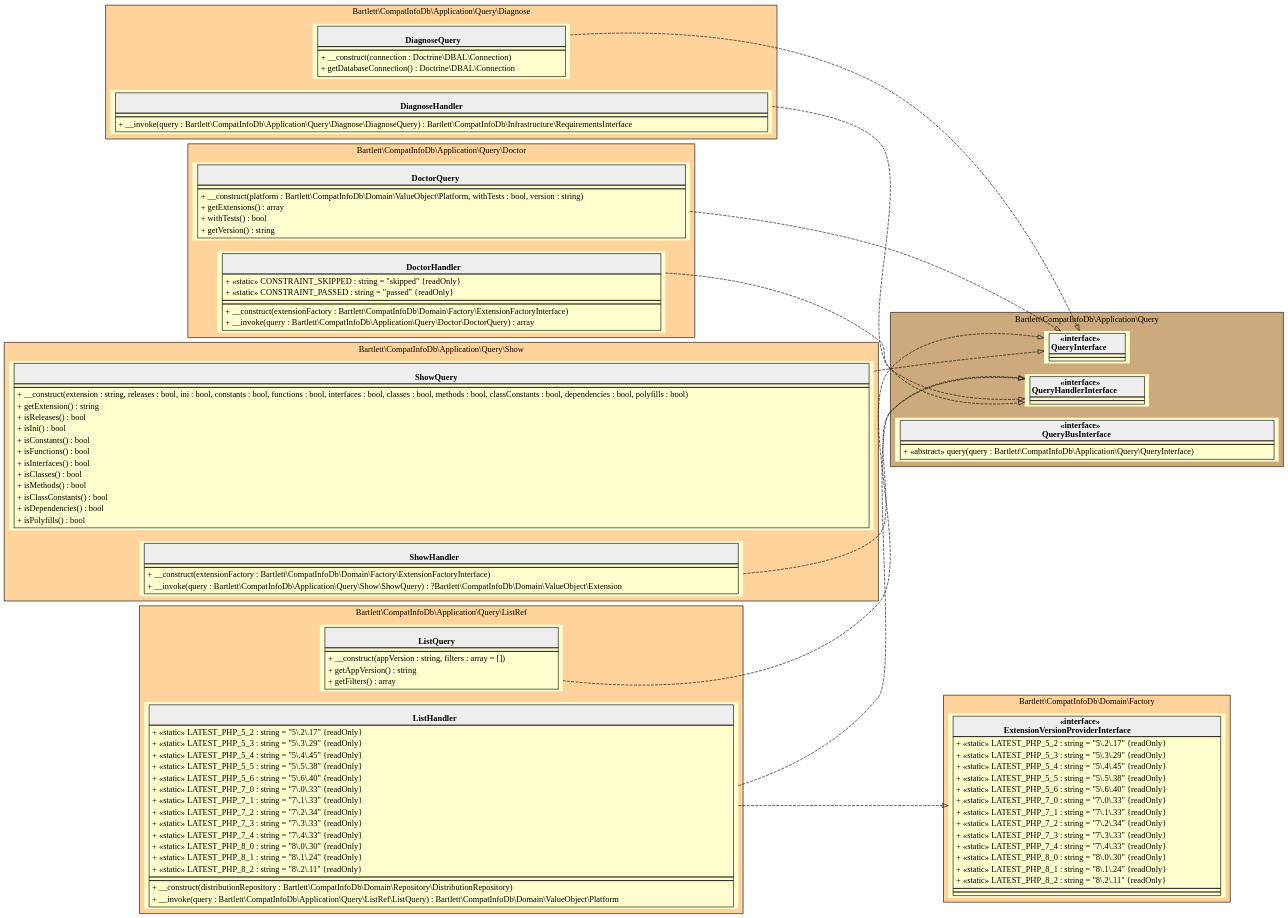
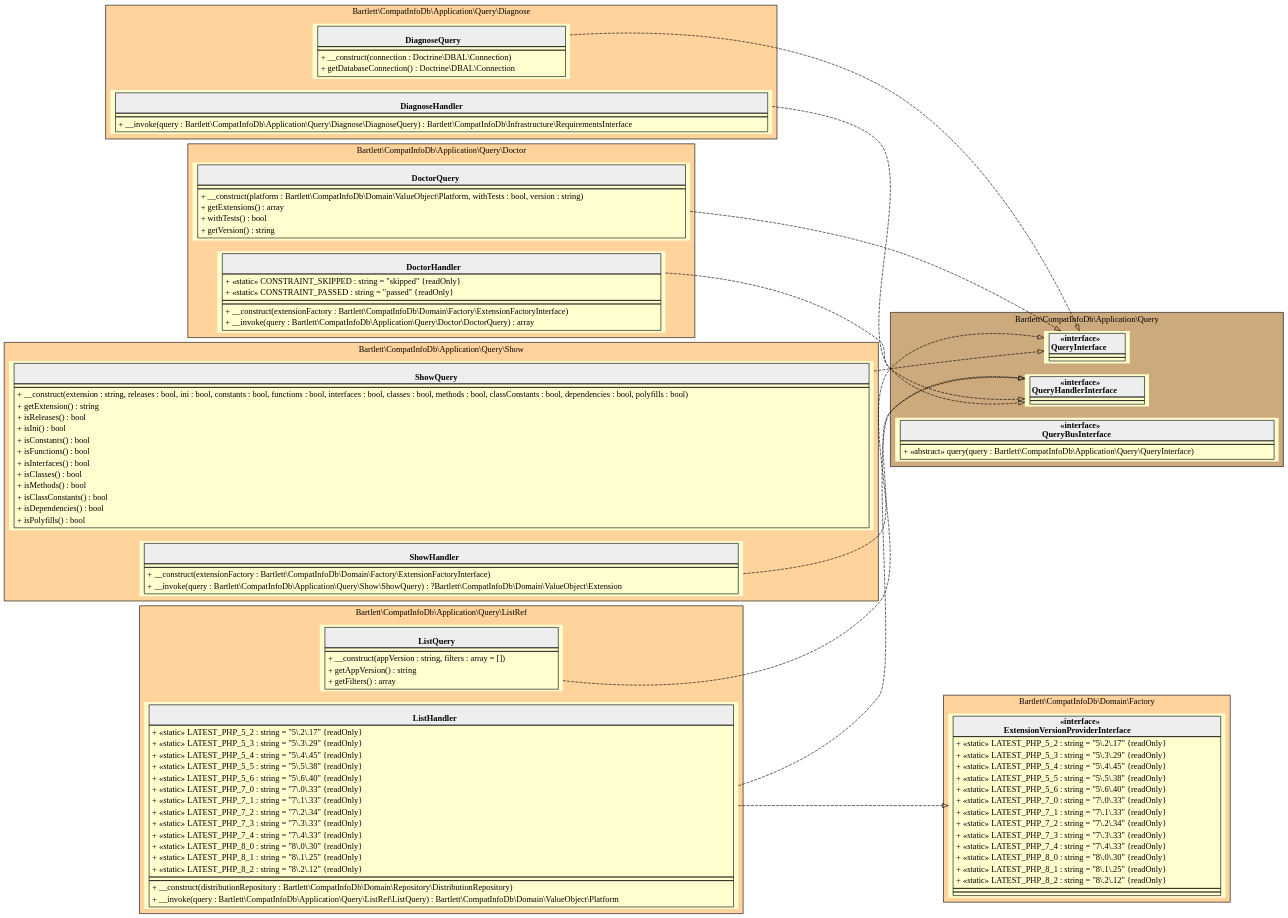
One commit to llaville/php-compatinfo-db changed the diagram in 5.x/assets/images/application-query.html.gv. Above: the diagram before and after it, drawn with Graphviz. The commit also changed 39 other files, not shown here.

```diff
--- a/5.x/assets/images/application-query.html.gv
+++ b/5.x/assets/images/application-query.html.gv
@@ -1,181 +1,181 @@
 digraph {
   graph [rankdir="LR" bgcolor="transparent"]
   node [fillcolor="#FEFECE" style="filled"]
   subgraph cluster_0 {
     graph [bgcolor="burlywood1"]
     label = "Bartlett\\CompatInfoDb\\Application\\Query\\Diagnose"
     "Bartlett\\CompatInfoDb\\Application\\Query\\Diagnose\\DiagnoseQuery" [shape="none" label=<
 <table cellspacing="0" border="0" cellborder="1">
     <tr><td bgcolor="#eeeeee"><b><br/>DiagnoseQuery</b></td></tr>
     <tr><td></td></tr>
     <tr><td><table border="0" cellspacing="0" cellpadding="2">
     <tr><td align="left">+ __construct(connection : Doctrine\\DBAL\\Connection)</td></tr>
     <tr><td align="left">+ getDatabaseConnection() : Doctrine\\DBAL\\Connection</td></tr>
 </table></td></tr>
 </table>>]
     "Bartlett\\CompatInfoDb\\Application\\Query\\Diagnose\\DiagnoseHandler" [shape="none" label=<
 <table cellspacing="0" border="0" cellborder="1">
     <tr><td bgcolor="#eeeeee"><b><br/>DiagnoseHandler</b></td></tr>
     <tr><td></td></tr>
     <tr><td><table border="0" cellspacing="0" cellpadding="2">
     <tr><td align="left">+ __invoke(query : Bartlett\\CompatInfoDb\\Application\\Query\\Diagnose\\DiagnoseQuery) : Bartlett\\CompatInfoDb\\Infrastructure\\RequirementsInterface</td></tr>
 </table></td></tr>
 </table>>]
   }
   subgraph cluster_1 {
     graph [bgcolor="burlywood3"]
     label = "Bartlett\\CompatInfoDb\\Application\\Query"
     "Bartlett\\CompatInfoDb\\Application\\Query\\QueryInterface" [shape="none" label=<
 <table cellspacing="0" border="0" cellborder="1">
     <tr><td bgcolor="#eeeeee"><b>«interface»<br/>QueryInterface</b></td></tr>
     <tr><td></td></tr>
     <tr><td></td></tr>
 </table>>]
     "Bartlett\\CompatInfoDb\\Application\\Query\\QueryHandlerInterface" [shape="none" label=<
 <table cellspacing="0" border="0" cellborder="1">
     <tr><td bgcolor="#eeeeee"><b>«interface»<br/>QueryHandlerInterface</b></td></tr>
     <tr><td></td></tr>
     <tr><td></td></tr>
 </table>>]
     "Bartlett\\CompatInfoDb\\Application\\Query\\QueryBusInterface" [shape="none" label=<
 <table cellspacing="0" border="0" cellborder="1">
     <tr><td bgcolor="#eeeeee"><b>«interface»<br/>QueryBusInterface</b></td></tr>
     <tr><td></td></tr>
     <tr><td><table border="0" cellspacing="0" cellpadding="2">
     <tr><td align="left">+ «abstract» query(query : Bartlett\\CompatInfoDb\\Application\\Query\\QueryInterface)</td></tr>
 </table></td></tr>
 </table>>]
   }
   subgraph cluster_2 {
     graph [bgcolor="burlywood1"]
     label = "Bartlett\\CompatInfoDb\\Application\\Query\\Doctor"
     "Bartlett\\CompatInfoDb\\Application\\Query\\Doctor\\DoctorQuery" [shape="none" label=<
 <table cellspacing="0" border="0" cellborder="1">
     <tr><td bgcolor="#eeeeee"><b><br/>DoctorQuery</b></td></tr>
     <tr><td></td></tr>
     <tr><td><table border="0" cellspacing="0" cellpadding="2">
     <tr><td align="left">+ __construct(platform : Bartlett\\CompatInfoDb\\Domain\\ValueObject\\Platform, withTests : bool, version : string)</td></tr>
     <tr><td align="left">+ getExtensions() : array</td></tr>
     <tr><td align="left">+ withTests() : bool</td></tr>
     <tr><td align="left">+ getVersion() : string</td></tr>
 </table></td></tr>
 </table>>]
     "Bartlett\\CompatInfoDb\\Application\\Query\\Doctor\\DoctorHandler" [shape="none" label=<
 <table cellspacing="0" border="0" cellborder="1">
     <tr><td bgcolor="#eeeeee"><b><br/>DoctorHandler</b></td></tr>
     <tr><td><table border="0" cellspacing="0" cellpadding="2">
     <tr><td align="left">+ «static» CONSTRAINT_SKIPPED : string = "skipped" {readOnly}</td></tr>
     <tr><td align="left">+ «static» CONSTRAINT_PASSED : string = "passed" {readOnly}</td></tr>
 </table></td></tr>
     <tr><td></td></tr>
     <tr><td><table border="0" cellspacing="0" cellpadding="2">
     <tr><td align="left">+ __construct(extensionFactory : Bartlett\\CompatInfoDb\\Domain\\Factory\\ExtensionFactoryInterface)</td></tr>
     <tr><td align="left">+ __invoke(query : Bartlett\\CompatInfoDb\\Application\\Query\\Doctor\\DoctorQuery) : array</td></tr>
 </table></td></tr>
 </table>>]
   }
   subgraph cluster_3 {
     graph [bgcolor="burlywood1"]
     label = "Bartlett\\CompatInfoDb\\Application\\Query\\ListRef"
     "Bartlett\\CompatInfoDb\\Application\\Query\\ListRef\\ListQuery" [shape="none" label=<
 <table cellspacing="0" border="0" cellborder="1">
     <tr><td bgcolor="#eeeeee"><b><br/>ListQuery</b></td></tr>
     <tr><td></td></tr>
     <tr><td><table border="0" cellspacing="0" cellpadding="2">
     <tr><td align="left">+ __construct(appVersion : string, filters : array = [])</td></tr>
     <tr><td align="left">+ getAppVersion() : string</td></tr>
     <tr><td align="left">+ getFilters() : array</td></tr>
 </table></td></tr>
 </table>>]
     "Bartlett\\CompatInfoDb\\Application\\Query\\ListRef\\ListHandler" [shape="none" label=<
 <table cellspacing="0" border="0" cellborder="1">
     <tr><td bgcolor="#eeeeee"><b><br/>ListHandler</b></td></tr>
     <tr><td><table border="0" cellspacing="0" cellpadding="2">
     <tr><td align="left">+ «static» LATEST_PHP_5_2 : string = "5\.2\.17" {readOnly}</td></tr>
     <tr><td align="left">+ «static» LATEST_PHP_5_3 : string = "5\.3\.29" {readOnly}</td></tr>
     <tr><td align="left">+ «static» LATEST_PHP_5_4 : string = "5\.4\.45" {readOnly}</td></tr>
     <tr><td align="left">+ «static» LATEST_PHP_5_5 : string = "5\.5\.38" {readOnly}</td></tr>
     <tr><td align="left">+ «static» LATEST_PHP_5_6 : string = "5\.6\.40" {readOnly}</td></tr>
     <tr><td align="left">+ «static» LATEST_PHP_7_0 : string = "7\.0\.33" {readOnly}</td></tr>
     <tr><td align="left">+ «static» LATEST_PHP_7_1 : string = "7\.1\.33" {readOnly}</td></tr>
     <tr><td align="left">+ «static» LATEST_PHP_7_2 : string = "7\.2\.34" {readOnly}</td></tr>
     <tr><td align="left">+ «static» LATEST_PHP_7_3 : string = "7\.3\.33" {readOnly}</td></tr>
     <tr><td align="left">+ «static» LATEST_PHP_7_4 : string = "7\.4\.33" {readOnly}</td></tr>
     <tr><td align="left">+ «static» LATEST_PHP_8_0 : string = "8\.0\.30" {readOnly}</td></tr>
-    <tr><td align="left">+ «static» LATEST_PHP_8_1 : string = "8\.1\.24" {readOnly}</td></tr>
-    <tr><td align="left">+ «static» LATEST_PHP_8_2 : string = "8\.2\.11" {readOnly}</td></tr>
+    <tr><td align="left">+ «static» LATEST_PHP_8_1 : string = "8\.1\.25" {readOnly}</td></tr>
+    <tr><td align="left">+ «static» LATEST_PHP_8_2 : string = "8\.2\.12" {readOnly}</td></tr>
 </table></td></tr>
     <tr><td></td></tr>
     <tr><td><table border="0" cellspacing="0" cellpadding="2">
     <tr><td align="left">+ __construct(distributionRepository : Bartlett\\CompatInfoDb\\Domain\\Repository\\DistributionRepository)</td></tr>
     <tr><td align="left">+ __invoke(query : Bartlett\\CompatInfoDb\\Application\\Query\\ListRef\\ListQuery) : Bartlett\\CompatInfoDb\\Domain\\ValueObject\\Platform</td></tr>
 </table></td></tr>
 </table>>]
   }
   subgraph cluster_4 {
     graph [bgcolor="burlywood1"]
     label = "Bartlett\\CompatInfoDb\\Domain\\Factory"
     "Bartlett\\CompatInfoDb\\Domain\\Factory\\ExtensionVersionProviderInterface" [shape="none" label=<
 <table cellspacing="0" border="0" cellborder="1">
     <tr><td bgcolor="#eeeeee"><b>«interface»<br/>ExtensionVersionProviderInterface</b></td></tr>
     <tr><td><table border="0" cellspacing="0" cellpadding="2">
     <tr><td align="left">+ «static» LATEST_PHP_5_2 : string = "5\.2\.17" {readOnly}</td></tr>
     <tr><td align="left">+ «static» LATEST_PHP_5_3 : string = "5\.3\.29" {readOnly}</td></tr>
     <tr><td align="left">+ «static» LATEST_PHP_5_4 : string = "5\.4\.45" {readOnly}</td></tr>
     <tr><td align="left">+ «static» LATEST_PHP_5_5 : string = "5\.5\.38" {readOnly}</td></tr>
     <tr><td align="left">+ «static» LATEST_PHP_5_6 : string = "5\.6\.40" {readOnly}</td></tr>
     <tr><td align="left">+ «static» LATEST_PHP_7_0 : string = "7\.0\.33" {readOnly}</td></tr>
     <tr><td align="left">+ «static» LATEST_PHP_7_1 : string = "7\.1\.33" {readOnly}</td></tr>
     <tr><td align="left">+ «static» LATEST_PHP_7_2 : string = "7\.2\.34" {readOnly}</td></tr>
     <tr><td align="left">+ «static» LATEST_PHP_7_3 : string = "7\.3\.33" {readOnly}</td></tr>
     <tr><td align="left">+ «static» LATEST_PHP_7_4 : string = "7\.4\.33" {readOnly}</td></tr>
     <tr><td align="left">+ «static» LATEST_PHP_8_0 : string = "8\.0\.30" {readOnly}</td></tr>
-    <tr><td align="left">+ «static» LATEST_PHP_8_1 : string = "8\.1\.24" {readOnly}</td></tr>
-    <tr><td align="left">+ «static» LATEST_PHP_8_2 : string = "8\.2\.11" {readOnly}</td></tr>
+    <tr><td align="left">+ «static» LATEST_PHP_8_1 : string = "8\.1\.25" {readOnly}</td></tr>
+    <tr><td align="left">+ «static» LATEST_PHP_8_2 : string = "8\.2\.12" {readOnly}</td></tr>
 </table></td></tr>
     <tr><td></td></tr>
     <tr><td></td></tr>
 </table>>]
   }
   subgraph cluster_5 {
     graph [bgcolor="burlywood1"]
     label = "Bartlett\\CompatInfoDb\\Application\\Query\\Show"
     "Bartlett\\CompatInfoDb\\Application\\Query\\Show\\ShowQuery" [shape="none" label=<
 <table cellspacing="0" border="0" cellborder="1">
     <tr><td bgcolor="#eeeeee"><b><br/>ShowQuery</b></td></tr>
     <tr><td></td></tr>
     <tr><td><table border="0" cellspacing="0" cellpadding="2">
     <tr><td align="left">+ __construct(extension : string, releases : bool, ini : bool, constants : bool, functions : bool, interfaces : bool, classes : bool, methods : bool, classConstants : bool, dependencies : bool, polyfills : bool)</td></tr>
     <tr><td align="left">+ getExtension() : string</td></tr>
     <tr><td align="left">+ isReleases() : bool</td></tr>
     <tr><td align="left">+ isIni() : bool</td></tr>
     <tr><td align="left">+ isConstants() : bool</td></tr>
     <tr><td align="left">+ isFunctions() : bool</td></tr>
     <tr><td align="left">+ isInterfaces() : bool</td></tr>
     <tr><td align="left">+ isClasses() : bool</td></tr>
     <tr><td align="left">+ isMethods() : bool</td></tr>
     <tr><td align="left">+ isClassConstants() : bool</td></tr>
     <tr><td align="left">+ isDependencies() : bool</td></tr>
     <tr><td align="left">+ isPolyfills() : bool</td></tr>
 </table></td></tr>
 </table>>]
     "Bartlett\\CompatInfoDb\\Application\\Query\\Show\\ShowHandler" [shape="none" label=<
 <table cellspacing="0" border="0" cellborder="1">
     <tr><td bgcolor="#eeeeee"><b><br/>ShowHandler</b></td></tr>
     <tr><td></td></tr>
     <tr><td><table border="0" cellspacing="0" cellpadding="2">
     <tr><td align="left">+ __construct(extensionFactory : Bartlett\\CompatInfoDb\\Domain\\Factory\\ExtensionFactoryInterface)</td></tr>
     <tr><td align="left">+ __invoke(query : Bartlett\\CompatInfoDb\\Application\\Query\\Show\\ShowQuery) : ?Bartlett\\CompatInfoDb\\Domain\\ValueObject\\Extension</td></tr>
 </table></td></tr>
 </table>>]
   }
   "Bartlett\\CompatInfoDb\\Application\\Query\\Diagnose\\DiagnoseQuery" -> "Bartlett\\CompatInfoDb\\Application\\Query\\QueryInterface" [arrowhead="empty" style="dashed"]
   "Bartlett\\CompatInfoDb\\Application\\Query\\Diagnose\\DiagnoseHandler" -> "Bartlett\\CompatInfoDb\\Application\\Query\\QueryHandlerInterface" [arrowhead="empty" style="dashed"]
   "Bartlett\\CompatInfoDb\\Application\\Query\\Doctor\\DoctorQuery" -> "Bartlett\\CompatInfoDb\\Application\\Query\\QueryInterface" [arrowhead="empty" style="dashed"]
   "Bartlett\\CompatInfoDb\\Application\\Query\\Doctor\\DoctorHandler" -> "Bartlett\\CompatInfoDb\\Application\\Query\\QueryHandlerInterface" [arrowhead="empty" style="dashed"]
   "Bartlett\\CompatInfoDb\\Application\\Query\\ListRef\\ListQuery" -> "Bartlett\\CompatInfoDb\\Application\\Query\\QueryInterface" [arrowhead="empty" style="dashed"]
   "Bartlett\\CompatInfoDb\\Application\\Query\\ListRef\\ListHandler" -> "Bartlett\\CompatInfoDb\\Application\\Query\\QueryHandlerInterface" [arrowhead="empty" style="dashed"]
   "Bartlett\\CompatInfoDb\\Application\\Query\\ListRef\\ListHandler" -> "Bartlett\\CompatInfoDb\\Domain\\Factory\\ExtensionVersionProviderInterface" [arrowhead="empty" style="dashed"]
   "Bartlett\\CompatInfoDb\\Application\\Query\\Show\\ShowQuery" -> "Bartlett\\CompatInfoDb\\Application\\Query\\QueryInterface" [arrowhead="empty" style="dashed"]
   "Bartlett\\CompatInfoDb\\Application\\Query\\Show\\ShowHandler" -> "Bartlett\\CompatInfoDb\\Application\\Query\\QueryHandlerInterface" [arrowhead="empty" style="dashed"]
 }
```
